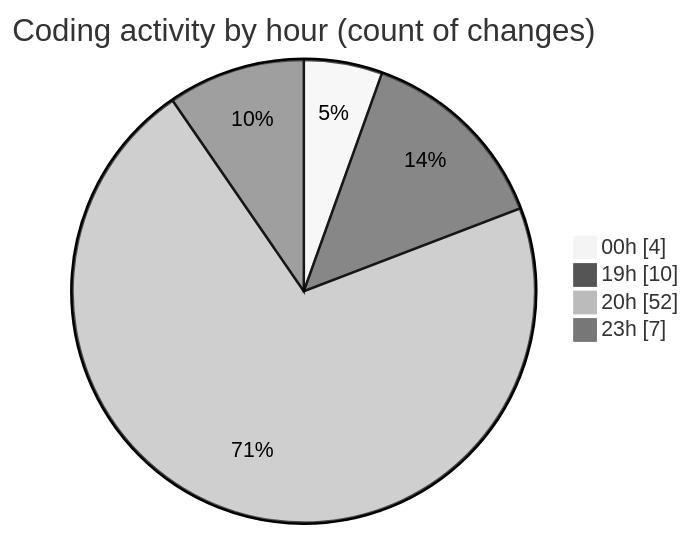
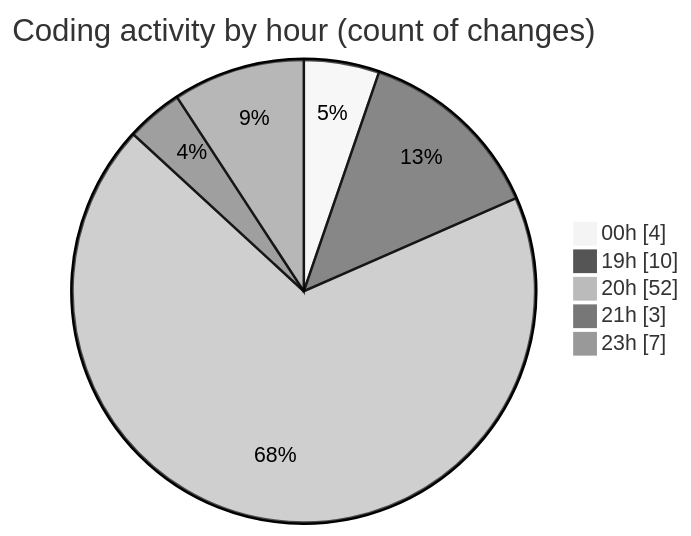
The second of 2 diagrams in 2025-02-27/cda/README.md (momahboobian/code-tracking), drawn with Mermaid (neutral theme) before and after one commit. The commit also changed other lines of this file and 1 other file, not shown here.

````diff
--- a/2025-02-27/cda/README.md
+++ b/2025-02-27/cda/README.md
@@ -40,8 +42,9 @@
 ```mermaid
 pie showData
 title Coding activity by hour (count of changes)
 "00h" : 4
 "19h" : 10
 "20h" : 52
+"21h" : 3
 "23h" : 7
 ```
````
